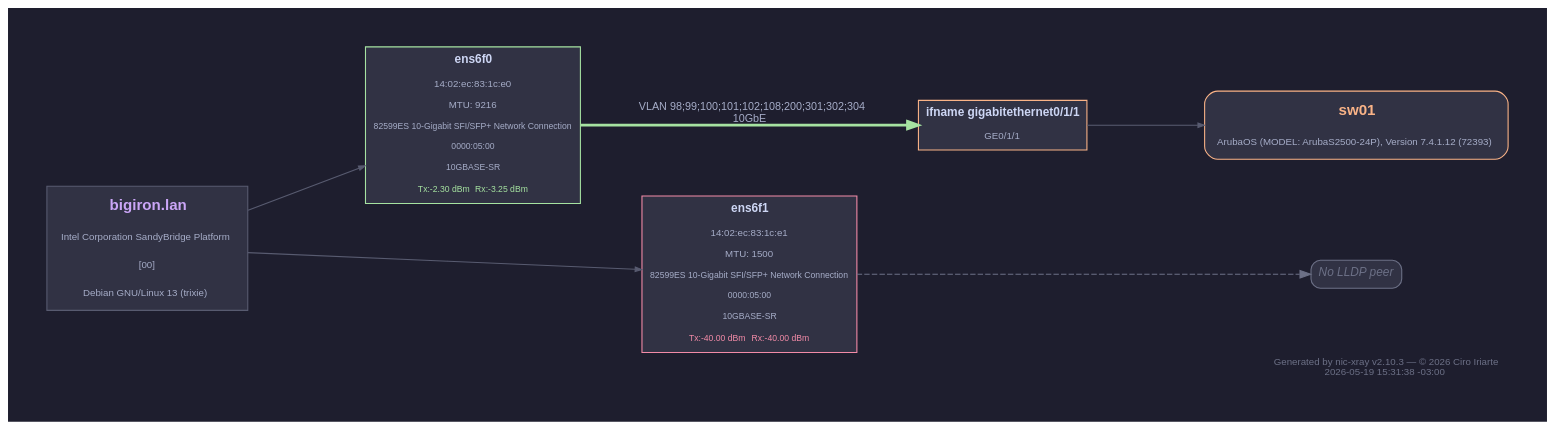
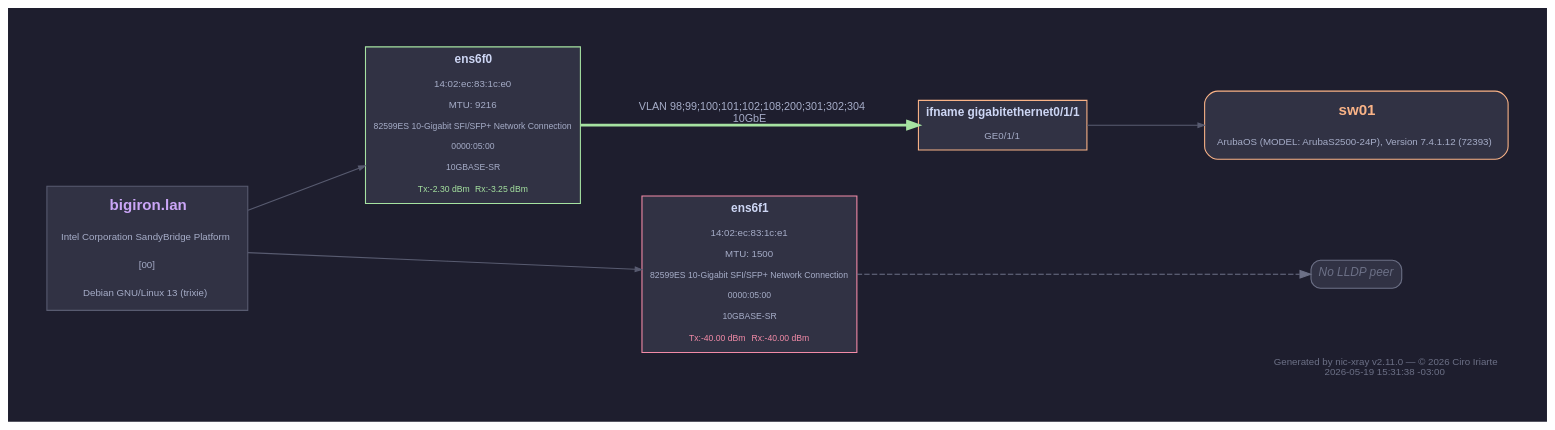
One commit to ciroiriarte/nic-xray changed the diagram in samples/topology.dot. Above: the diagram before and after it, drawn with Graphviz. The commit also changed 21 other files, not shown here.

```diff
--- a/samples/topology.dot
+++ b/samples/topology.dot
@@ -1,77 +1,77 @@
 digraph nic_xray {
     rankdir=LR;
     bgcolor="#1e1e2e";
     fontname="Helvetica,Arial,sans-serif";
     fontcolor="#cdd6f4";
     pad="0.5";
     nodesep="0.6";
     ranksep="1.5";
     node [fontname="Helvetica,Arial,sans-serif", fontcolor="#cdd6f4", fontsize=11];
     edge [fontname="Helvetica,Arial,sans-serif", fontcolor="#a6adc8", fontsize=10];
-    label=<<FONT POINT-SIZE="9" COLOR="#6c7086">Generated by nic-xray v2.10.3 &mdash; &copy; 2026 Ciro Iriarte<BR/>2026-05-19 15:31:38 -03:00</FONT>>;
+    label=<<FONT POINT-SIZE="9" COLOR="#6c7086">Generated by nic-xray v2.11.0 &mdash; &copy; 2026 Ciro Iriarte<BR/>2026-05-19 15:31:38 -03:00</FONT>>;
     labeljust=r;
     labelloc=b;
 
     server [shape=plain, label=<
         <TABLE BORDER="1" CELLBORDER="0" CELLSPACING="4" CELLPADDING="6" BGCOLOR="#313244" COLOR="#585b70">
         <TR><TD COLSPAN="2"><FONT POINT-SIZE="14" COLOR="#cba6f7"><B>bigiron.lan</B></FONT></TD></TR>
         <TR><TD COLSPAN="2"><FONT POINT-SIZE="9" COLOR="#a6adc8">Intel Corporation SandyBridge Platform</FONT></TD></TR>
         <TR><TD COLSPAN="2"><FONT POINT-SIZE="9" COLOR="#a6adc8">[00]</FONT></TD></TR>
         <TR><TD COLSPAN="2"><FONT POINT-SIZE="9" COLOR="#a6adc8">Debian GNU/Linux 13 (trixie)</FONT></TD></TR>
         </TABLE>
     >];
 
     ens6f0 [shape=plain, label=<
         <TABLE BORDER="1" CELLBORDER="0" CELLSPACING="2" CELLPADDING="4" BGCOLOR="#313244" COLOR="#a6e3a1">
         <TR><TD><FONT COLOR="#cdd6f4"><B>ens6f0</B></FONT></TD></TR>
         <TR><TD><FONT POINT-SIZE="9" COLOR="#a6adc8">14:02:ec:83:1c:e0</FONT></TD></TR>
         <TR><TD><FONT POINT-SIZE="9" COLOR="#a6adc8">MTU: 9216</FONT></TD></TR>
         <TR><TD><FONT POINT-SIZE="8" COLOR="#a6adc8">82599ES 10-Gigabit SFI/SFP+ Network Connection</FONT></TD></TR>
         <TR><TD><FONT POINT-SIZE="8" COLOR="#a6adc8">0000:05:00</FONT></TD></TR>
         <TR><TD><FONT POINT-SIZE="8" COLOR="#a6adc8">10GBASE-SR</FONT></TD></TR>
         <TR><TD><FONT POINT-SIZE="8" COLOR="#a6e3a1">Tx:-2.30 dBm</FONT> <FONT POINT-SIZE="8" COLOR="#a6e3a1">Rx:-3.25 dBm</FONT></TD></TR>
         </TABLE>
     >];
 
     ens6f1 [shape=plain, label=<
         <TABLE BORDER="1" CELLBORDER="0" CELLSPACING="2" CELLPADDING="4" BGCOLOR="#313244" COLOR="#f38ba8">
         <TR><TD><FONT COLOR="#cdd6f4"><B>ens6f1</B></FONT></TD></TR>
         <TR><TD><FONT POINT-SIZE="9" COLOR="#a6adc8">14:02:ec:83:1c:e1</FONT></TD></TR>
         <TR><TD><FONT POINT-SIZE="9" COLOR="#a6adc8">MTU: 1500</FONT></TD></TR>
         <TR><TD><FONT POINT-SIZE="8" COLOR="#a6adc8">82599ES 10-Gigabit SFI/SFP+ Network Connection</FONT></TD></TR>
         <TR><TD><FONT POINT-SIZE="8" COLOR="#a6adc8">0000:05:00</FONT></TD></TR>
         <TR><TD><FONT POINT-SIZE="8" COLOR="#a6adc8">10GBASE-SR</FONT></TD></TR>
         <TR><TD><FONT POINT-SIZE="8" COLOR="#f38ba8">Tx:-40.00 dBm</FONT> <FONT POINT-SIZE="8" COLOR="#f38ba8">Rx:-40.00 dBm</FONT></TD></TR>
         </TABLE>
     >];
 
     swport_sw01_ifname_gigabitethernet0_1_1 [shape=plain, label=<
         <TABLE BORDER="1" CELLBORDER="0" CELLSPACING="2" CELLPADDING="4" BGCOLOR="#313244" COLOR="#fab387">
         <TR><TD><FONT COLOR="#cdd6f4"><B>ifname gigabitethernet0/1/1</B></FONT></TD></TR>
         <TR><TD><FONT POINT-SIZE="9" COLOR="#a6adc8">GE0/1/1</FONT></TD></TR>
         </TABLE>
     >];
 
     sw_sw01 [shape=plain, label=<
         <TABLE BORDER="1" CELLBORDER="0" CELLSPACING="4" CELLPADDING="6" BGCOLOR="#313244" COLOR="#fab387" STYLE="ROUNDED">
         <TR><TD><FONT POINT-SIZE="14" COLOR="#fab387"><B>sw01</B></FONT></TD></TR>
         <TR><TD><FONT POINT-SIZE="9" COLOR="#a6adc8">ArubaOS (MODEL: ArubaS2500-24P), Version 7.4.1.12 (72393)</FONT></TD></TR>
         </TABLE>
     >];
 
     no_lldp_peer [shape=plain, label=<
         <TABLE BORDER="1" CELLBORDER="0" CELLSPACING="2" CELLPADDING="4" BGCOLOR="#313244" COLOR="#6c7086" STYLE="ROUNDED">
         <TR><TD><FONT COLOR="#6c7086"><I>No LLDP peer</I></FONT></TD></TR>
         </TABLE>
     >];
 
     server -> ens6f0 [color="#585b70", penwidth=1.0, arrowsize=0.6];
     server -> ens6f1 [color="#585b70", penwidth=1.0, arrowsize=0.6];
 
     ens6f0 -> swport_sw01_ifname_gigabitethernet0_1_1 [label=<VLAN 98;99;100;101;102;108;200;301;302;304<BR/>10GbE>, penwidth=2.5, color="#a6e3a1", fontcolor="#a6adc8"];
     ens6f1 -> no_lldp_peer [style=dashed, color="#6c7086", fontcolor="#6c7086", penwidth=1.0];
     swport_sw01_ifname_gigabitethernet0_1_1 -> sw_sw01 [color="#585b70", penwidth=1.0, arrowsize=0.6];
 
     { rank=min; server; }
     { rank=max; sw_sw01; no_lldp_peer; }
 }
```
